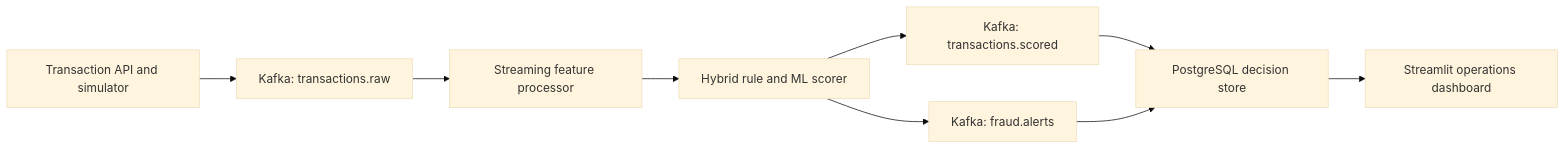
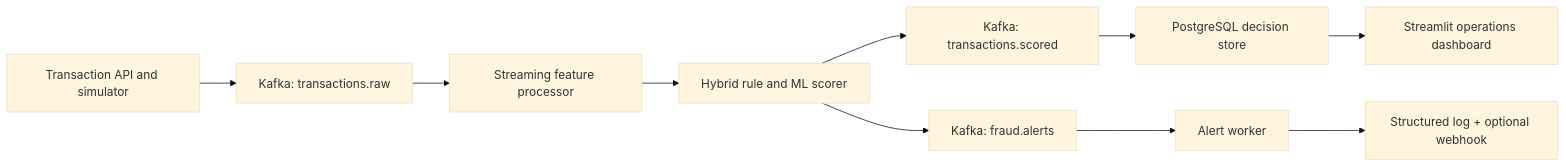
Before and after one commit to RaveendraS33/real-time-fraud-detection-pipeline: the diagram in docs/ARCHITECTURE.md, drawn with Mermaid (base theme). The commit also changed other lines of this file and 12 other files, not shown here.

First line of the commit message:
Add fraud-alert worker consuming fraud.alerts (closes detection->action loop)

````diff
--- a/docs/ARCHITECTURE.md
+++ b/docs/ARCHITECTURE.md
@@ -5,11 +5,12 @@
 ```mermaid
 flowchart LR
     A["Transaction API and simulator"] --> B["Kafka: transactions.raw"]
     B --> C["Streaming feature processor"]
     C --> D["Hybrid rule and ML scorer"]
     D --> E["Kafka: transactions.scored"]
     D --> F["Kafka: fraud.alerts"]
     E --> G["PostgreSQL decision store"]
-    F --> G
+    F --> I["Alert worker"]
+    I --> J["Structured log + optional webhook"]
     G --> H["Streamlit operations dashboard"]
 ```
````
